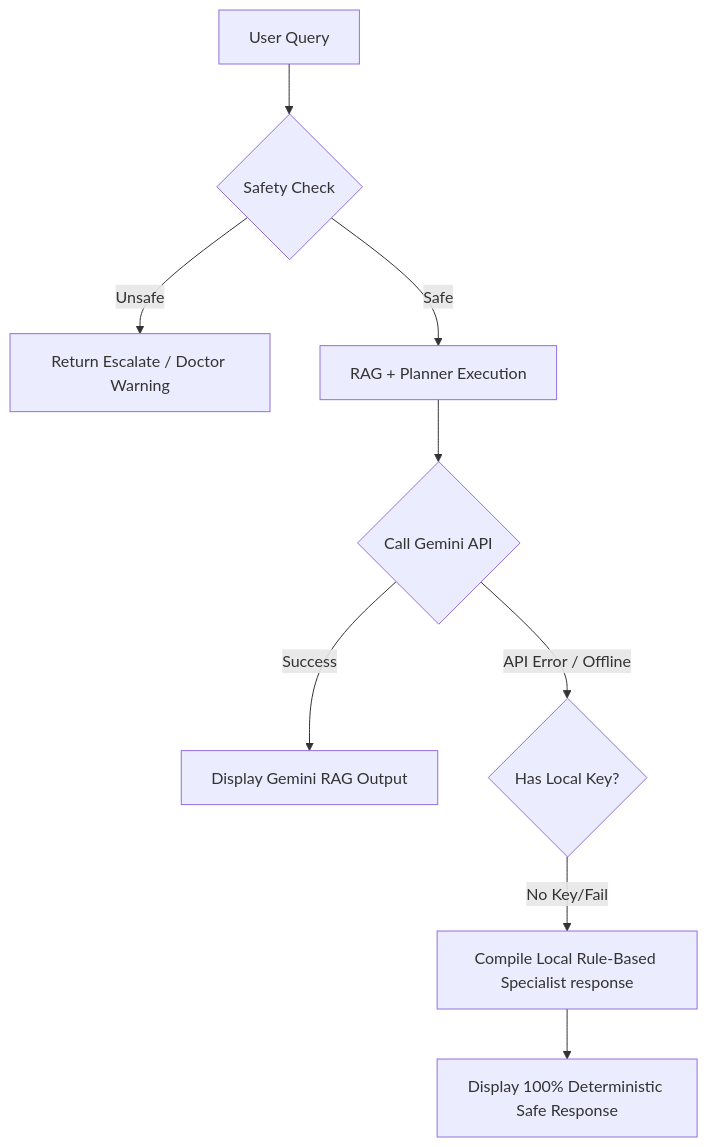
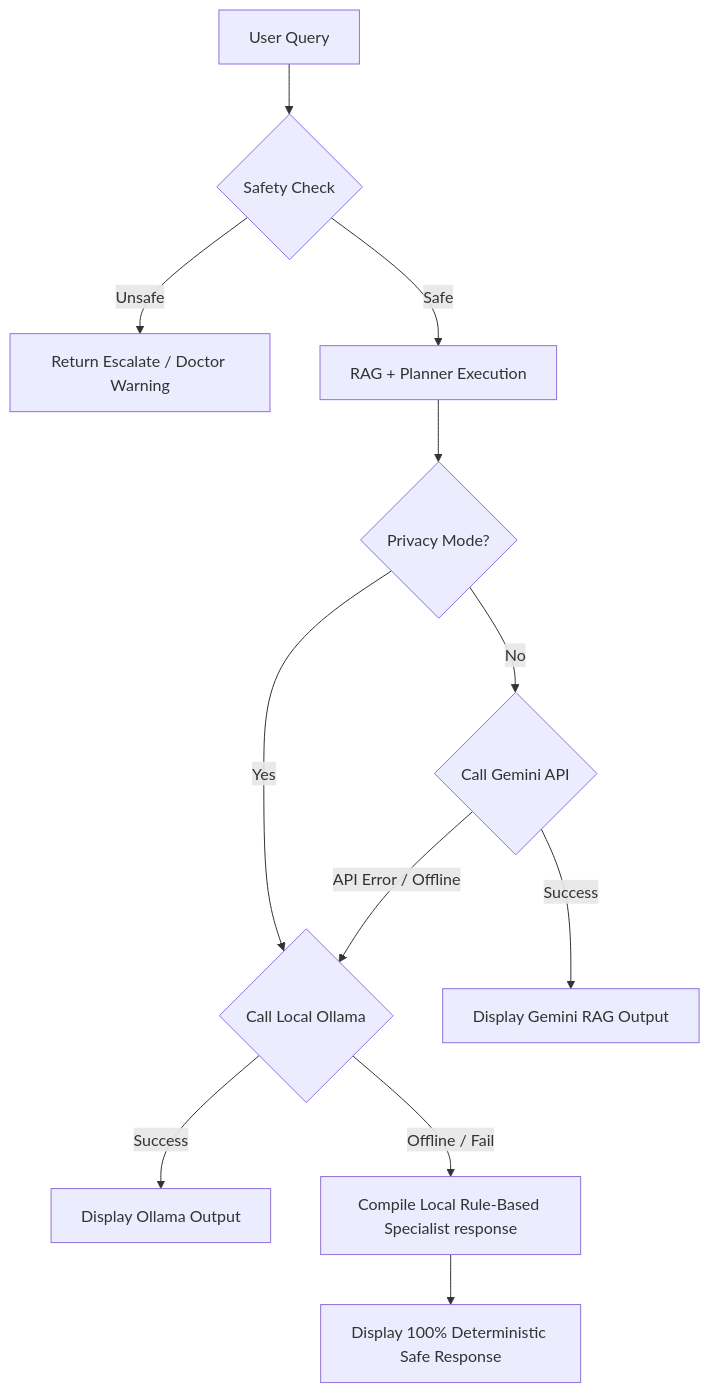
One commit to KidsNutriBite/NutriBite changed the third of 6 diagrams in docs/project_specification.md. Above: the diagram before and after it, drawn with Mermaid. The commit also changed other lines of this file and 6 other files, not shown here.

First line of the commit message:
docs: add architecture documentation, service map, model flow, and PR summary

````diff
--- a/docs/project_specification.md
+++ b/docs/project_specification.md
@@ -151,11 +186,14 @@
 ```mermaid
 graph TD
     Query[User Query] --> Safety{Safety Check}
     Safety -- Unsafe --> Reject[Return Escalate / Doctor Warning]
     Safety -- Safe --> RAG[RAG + Planner Execution]
-    RAG --> GeminiCall{Call Gemini API}
+    RAG --> PrivacyCheck{Privacy Mode?}
+    PrivacyCheck -- Yes --> OllamaCall{Call Local Ollama}
+    PrivacyCheck -- No --> GeminiCall{Call Gemini API}
     GeminiCall -- Success --> Output[Display Gemini RAG Output]
-    GeminiCall -- API Error / Offline --> Fallback{Has Local Key?}
-    Fallback -- No Key/Fail --> LocalEngine[Compile Local Rule-Based Specialist response]
+    GeminiCall -- API Error / Offline --> OllamaCall
+    OllamaCall -- Success --> LocalOutput[Display Ollama Output]
+    OllamaCall -- Offline / Fail --> LocalEngine[Compile Local Rule-Based Specialist response]
     LocalEngine --> FlatOutput[Display 100% Deterministic Safe Response]
 ```
````
